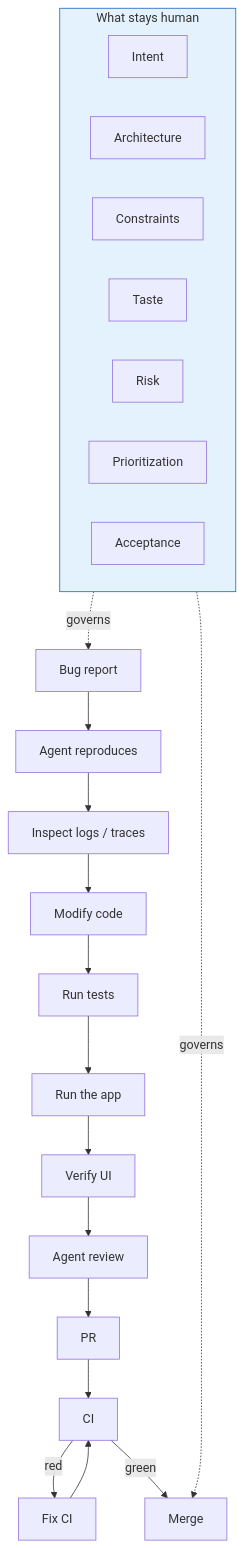
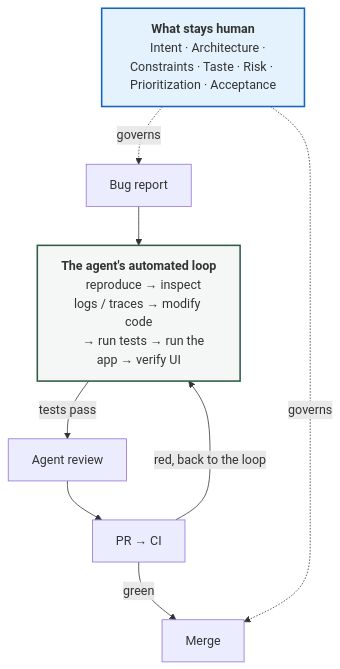
One commit to fantasybz/medium-articles changed the seventh of 8 diagrams in 2026-09-agentic-engineering-platform/article.en.md. Above: the diagram before and after it, drawn with Mermaid. The commit also changed other lines of this file and 32 other files, not shown here.

First line of the commit message:
Redraw the two unreadable diagrams in the overview (zh and en)

````diff
--- a/2026-09-agentic-engineering-platform/article.en.md
+++ b/2026-09-agentic-engineering-platform/article.en.md
@@ -319,27 +319,17 @@
 ```mermaid
-flowchart TD
-    BR["Bug report"] --> RP["Agent reproduces"]
-    RP --> IL["Inspect logs / traces"]
-    IL --> MC["Modify code"]
-    MC --> RT["Run tests"]
-    RT --> RA["Run the app"]
-    RA --> VU["Verify UI"]
-    VU --> AR["Agent review"]
-    AR --> PR["PR"]
-    PR --> CI["CI"]
-    CI -->|red| FX["Fix CI"]
-    FX --> CI
+flowchart TB
+    BR["Bug report"] --> AL
+    AL["<b>The agent's automated loop</b>
+    reproduce → inspect logs / traces → modify code
+    → run tests → run the app → verify UI"]
+    AL -->|tests pass| AR["Agent review"]
+    AR --> CI["PR → CI"]
+    CI -->|red, back to the loop| AL
     CI -->|green| MG["Merge"]
-    subgraph HUMAN["What stays human"]
-        H1["Intent"]
-        H2["Architecture"]
-        H3["Constraints"]
-        H4["Taste"]
-        H5["Risk"]
-        H6["Prioritization"]
-        H7["Acceptance"]
-    end
+    HUMAN["<b>What stays human</b>
+    Intent · Architecture · Constraints · Taste · Risk · Prioritization · Acceptance"]
     HUMAN -.->|governs| BR
     HUMAN -.->|governs| MG
-    style HUMAN fill:#e3f2fd,stroke:#1565c0
+    style HUMAN fill:#e3f2fd,stroke:#1565c0,stroke-width:2px
+    style AL fill:#f4f7f5,stroke:#2e5e46,stroke-width:2px
 ```
````
